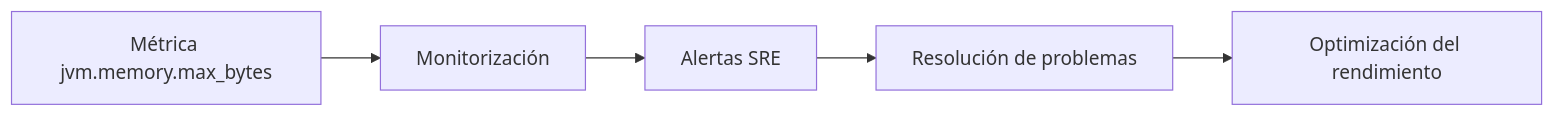
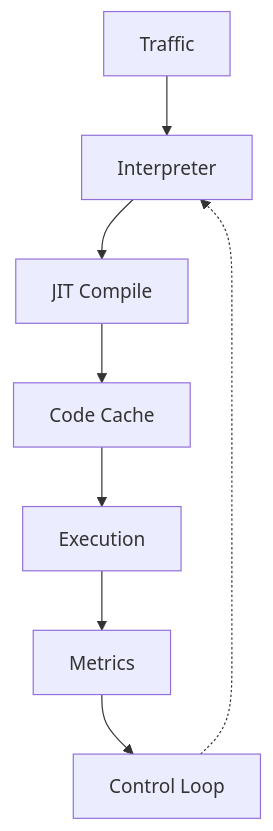
One commit to Joaquinriosheredia/DAM-Java-Mastery changed the fifth of 6 diagrams in _Review/jvm_jit_c1_c2_y_graalvm_internals/jvm_jit_c1_c2_y_graalvm_internals.md. Above: the diagram before and after it, drawn with Mermaid. The commit also changed other lines of this file, not shown here.

Commit message:
jvm_jit_c1_c2_y_graalvm_internals

````diff
--- a/_Review/jvm_jit_c1_c2_y_graalvm_internals/jvm_jit_c1_c2_y_graalvm_internals.md
+++ b/_Review/jvm_jit_c1_c2_y_graalvm_internals/jvm_jit_c1_c2_y_graalvm_internals.md
@@ -344,7 +695,10 @@
 ```mermaid
-graph LR
-  A[Métrica jvm.memory.max_bytes] --> B[Monitorización];
-  B --> C[Alertas SRE];
-  C --> D[Resolución de problemas];
-  D --> E[Optimización del rendimiento];
+graph TD
+    A[Traffic] --> B[Interpreter]
+    B --> C[JIT Compile]
+    C --> D[Code Cache]
+    D --> E[Execution]
+    E --> F[Metrics]
+    F --> G[Control Loop]
+    G -.-> B
 ```
````
